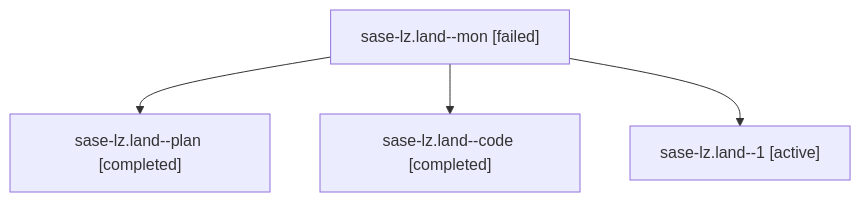
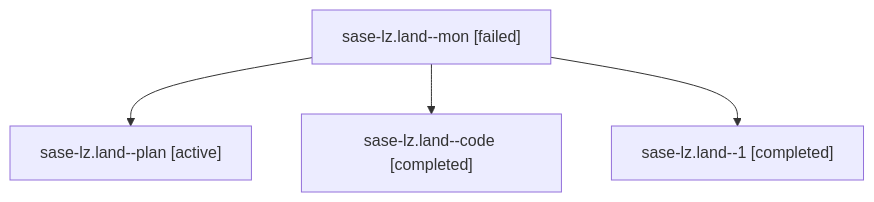
The diagram in families/bbugyi200.athena.sase-lz.land.md (sase-org/sase--agents), drawn with Mermaid before and after one commit. The commit also changed other lines of this file and 35830 other files, not shown here.

````diff
--- a/families/bbugyi200.athena.sase-lz.land.md
+++ b/families/bbugyi200.athena.sase-lz.land.md
@@ -9,10 +9,10 @@
 ```mermaid
 flowchart TD
   n0["sase-lz.land--mon [failed]"]
-  n1["sase-lz.land--plan [completed]"]
+  n1["sase-lz.land--plan [active]"]
   n0 --> n1
   n2["sase-lz.land--code [completed]"]
   n0 --> n2
-  n3["sase-lz.land--1 [active]"]
+  n3["sase-lz.land--1 [completed]"]
   n0 --> n3
 ```
````
